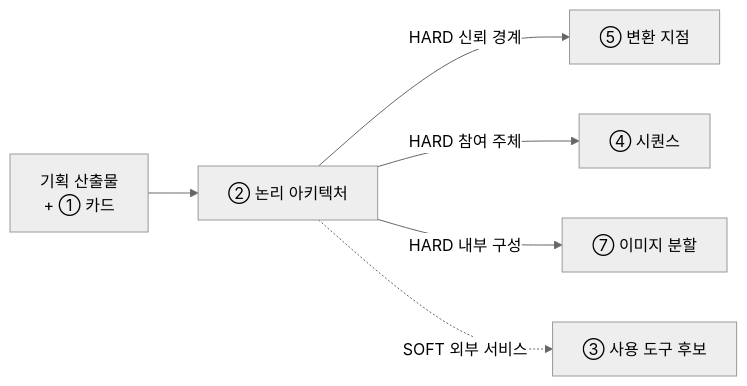
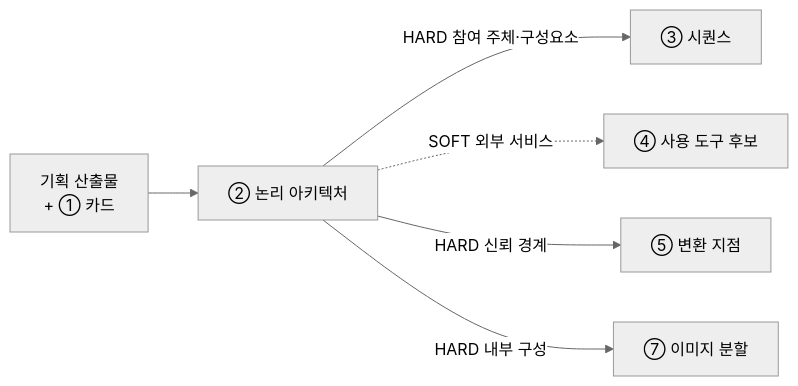
Before and after one commit to unicorn-campus/design-agentic-ai: the first of 2 diagrams in guides/02-논리아키텍처-가이드.md, drawn with Mermaid (neutral theme). The commit also changed other lines of this file and 67 other files, not shown here.

````diff
--- a/guides/02-논리아키텍처-가이드.md
+++ b/guides/02-논리아키텍처-가이드.md
@@ -19,8 +20,8 @@
 ```mermaid
 flowchart LR
   P["기획 산출물<br/>+ ① 카드"] --> A["② 논리 아키텍처"]
+  A -->|"HARD 참여 주체·구성요소"| S3["③ 시퀀스"]
+  A -.->|"SOFT 외부 서비스"| S4["④ 사용 도구 후보"]
   A -->|"HARD 신뢰 경계"| S5["⑤ 변환 지점"]
-  A -->|"HARD 참여 주체"| S4["④ 시퀀스"]
   A -->|"HARD 내부 구성"| S7["⑦ 이미지 분할"]
-  A -.->|"SOFT 외부 서비스"| S3["③ 사용 도구 후보"]
 ```
````
